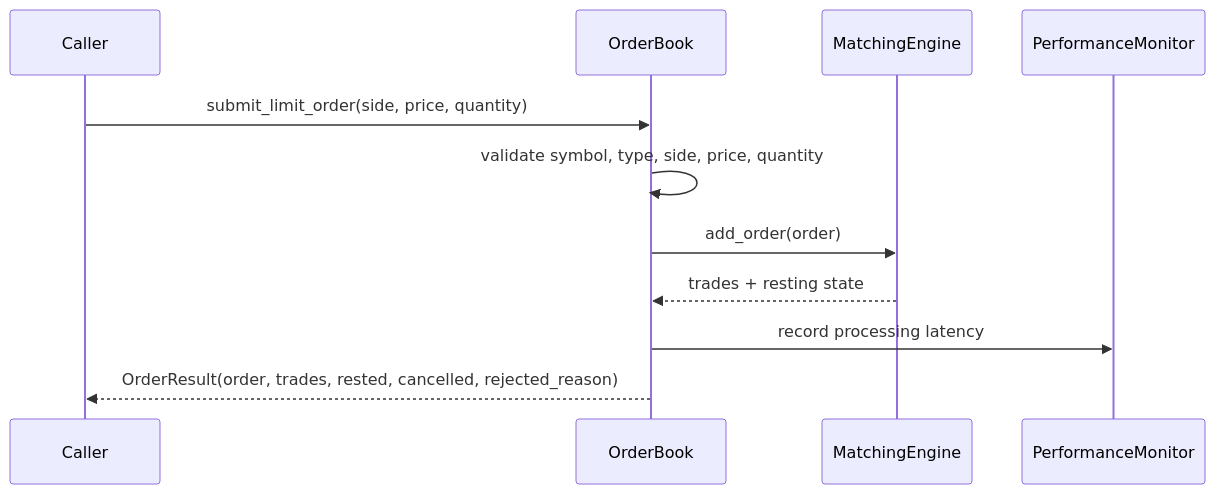
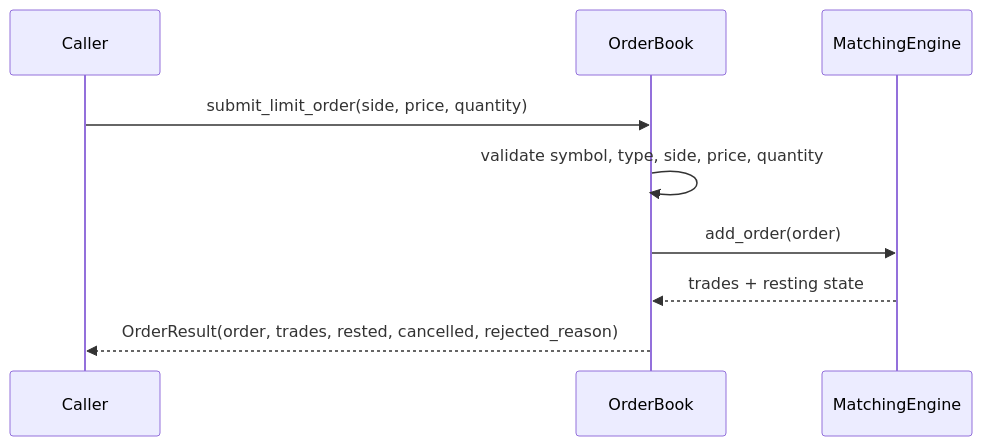
Before and after one commit to Taz33m/tracebook: the second of 2 diagrams in docs/architecture.md, drawn with Mermaid. The commit also changed other lines of this file and 60 other files, not shown here.

````diff
--- a/docs/architecture.md
+++ b/docs/architecture.md
@@ -44,14 +47,12 @@
 ```mermaid
 sequenceDiagram
     participant Caller
     participant Book as OrderBook
     participant Engine as MatchingEngine
-    participant Monitor as PerformanceMonitor
 
     Caller->>Book: submit_limit_order(side, price, quantity)
     Book->>Book: validate symbol, type, side, price, quantity
     Book->>Engine: add_order(order)
     Engine-->>Book: trades + resting state
-    Book->>Monitor: record processing latency
     Book-->>Caller: OrderResult(order, trades, rested, cancelled, rejected_reason)
 ```
````
